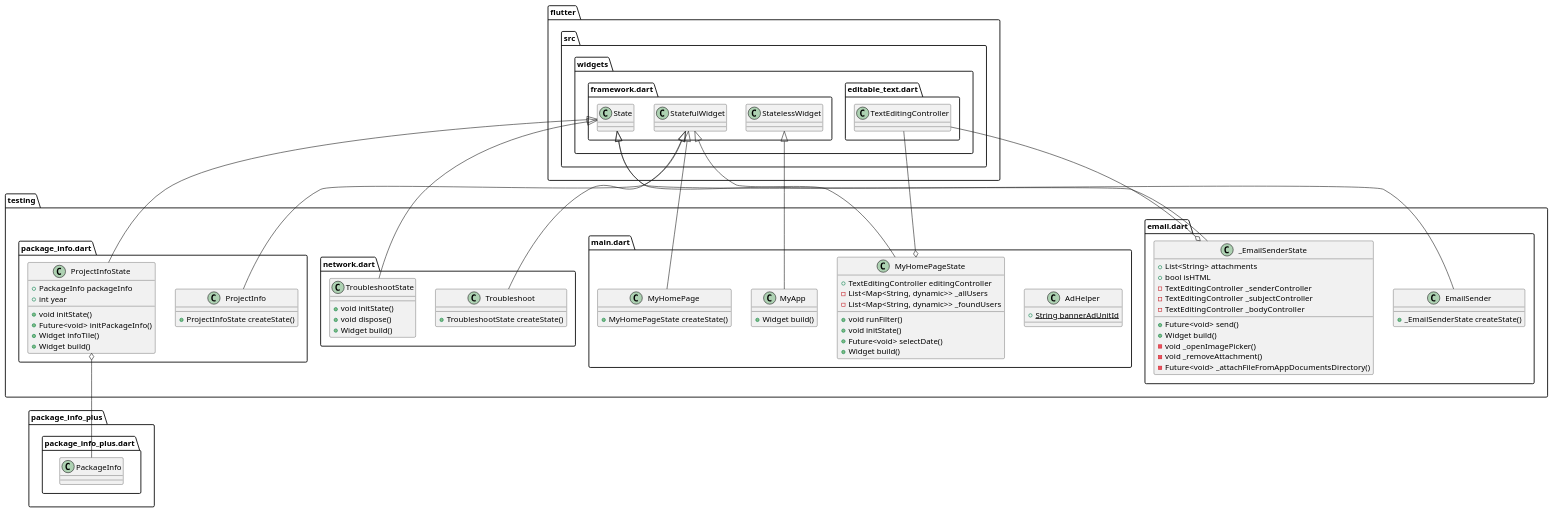
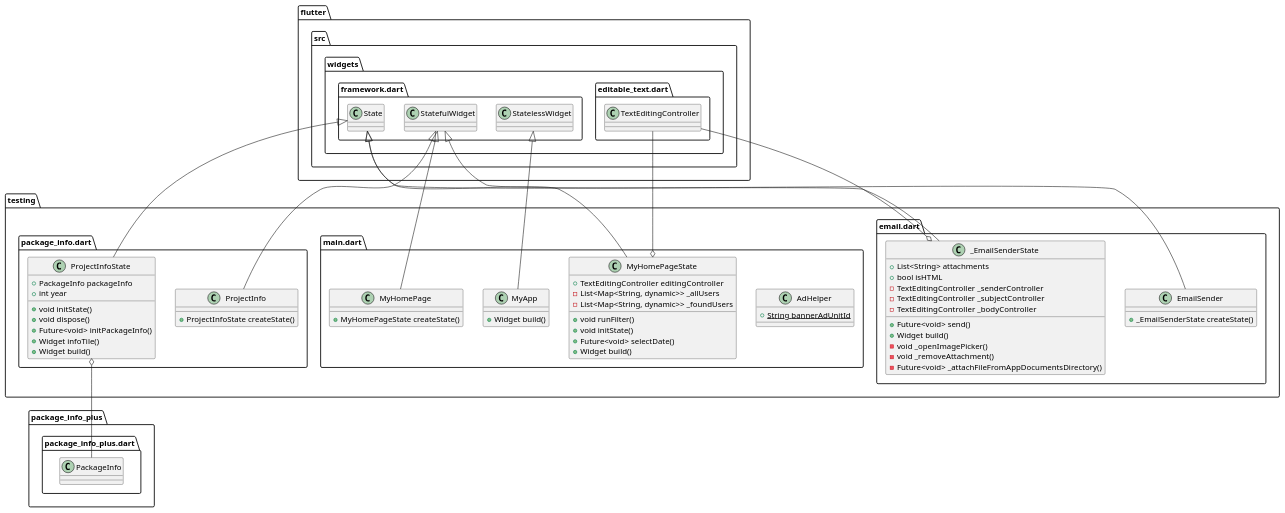
One commit to Hadjimamas/Testing_Project changed the diagram in test.puml. Above: the diagram before and after it, drawn with PlantUML. The commit also changed 1 other file, not shown here.

```diff
--- a/test.puml
+++ b/test.puml
@@ -1,88 +1,75 @@
 @startuml
 set namespaceSeparator ::
 
 class "testing::email.dart::EmailSender" {
   +_EmailSenderState createState()
 }
 
 "flutter::src::widgets::framework.dart::StatefulWidget" <|-- "testing::email.dart::EmailSender"
 
 class "testing::email.dart::_EmailSenderState" {
   +List<String> attachments
   +bool isHTML
   -TextEditingController _senderController
   -TextEditingController _subjectController
   -TextEditingController _bodyController
   +Future<void> send()
   +Widget build()
   -void _openImagePicker()
   -void _removeAttachment()
   -Future<void> _attachFileFromAppDocumentsDirectory()
 }
 
 "testing::email.dart::_EmailSenderState" o-- "flutter::src::widgets::editable_text.dart::TextEditingController"
 "flutter::src::widgets::framework.dart::State" <|-- "testing::email.dart::_EmailSenderState"
 
 class "testing::main.dart::AdHelper" {
   {static} +String bannerAdUnitId
 }
 
 class "testing::main.dart::MyApp" {
   +Widget build()
 }
 
 "flutter::src::widgets::framework.dart::StatelessWidget" <|-- "testing::main.dart::MyApp"
 
 class "testing::main.dart::MyHomePage" {
   +MyHomePageState createState()
 }
 
 "flutter::src::widgets::framework.dart::StatefulWidget" <|-- "testing::main.dart::MyHomePage"
 
 class "testing::main.dart::MyHomePageState" {
   +TextEditingController editingController
   -List<Map<String, dynamic>> _allUsers
   -List<Map<String, dynamic>> _foundUsers
   +void runFilter()
   +void initState()
   +Future<void> selectDate()
   +Widget build()
 }
 
 "testing::main.dart::MyHomePageState" o-- "flutter::src::widgets::editable_text.dart::TextEditingController"
 "flutter::src::widgets::framework.dart::State" <|-- "testing::main.dart::MyHomePageState"
 
-class "testing::network.dart::Troubleshoot" {
-  +TroubleshootState createState()
-}
-
-"flutter::src::widgets::framework.dart::StatefulWidget" <|-- "testing::network.dart::Troubleshoot"
-
-class "testing::network.dart::TroubleshootState" {
-  +void initState()
-  +void dispose()
-  +Widget build()
-}
-
-"flutter::src::widgets::framework.dart::State" <|-- "testing::network.dart::TroubleshootState"
-
 class "testing::package_info.dart::ProjectInfo" {
   +ProjectInfoState createState()
 }
 
 "flutter::src::widgets::framework.dart::StatefulWidget" <|-- "testing::package_info.dart::ProjectInfo"
 
 class "testing::package_info.dart::ProjectInfoState" {
   +PackageInfo packageInfo
   +int year
   +void initState()
+  +void dispose()
   +Future<void> initPackageInfo()
   +Widget infoTile()
   +Widget build()
 }
 
 "testing::package_info.dart::ProjectInfoState" o-- "package_info_plus::package_info_plus.dart::PackageInfo"
 "flutter::src::widgets::framework.dart::State" <|-- "testing::package_info.dart::ProjectInfoState"
 
 
 @enduml
```
